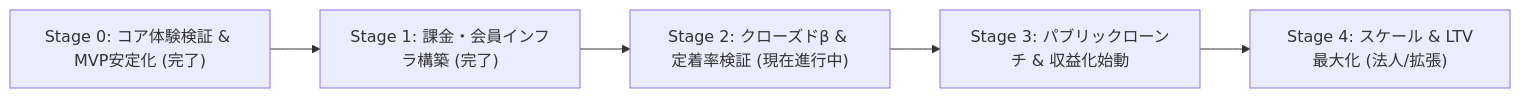
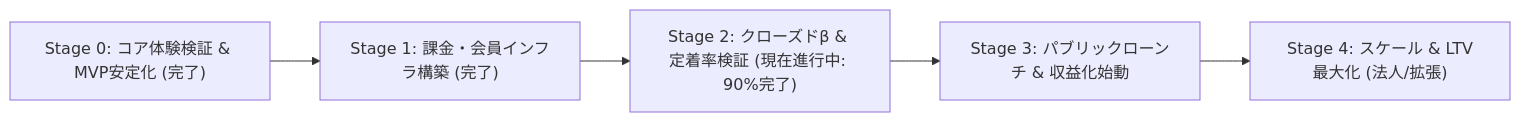
Before and after one commit to ic1koala/Shadowlog: the diagram in management/ROADMAP.md, drawn with Mermaid. The commit also changed other lines of this file and 16 other files, not shown here.

````diff
--- a/management/ROADMAP.md
+++ b/management/ROADMAP.md
@@ -54,7 +58,7 @@
 ```mermaid
 flowchart LR
     S0["Stage 0: コア体験検証 & MVP安定化 (完了)"] --> S1["Stage 1: 課金・会員インフラ構築 (完了)"]
-    S1 --> S2["Stage 2: クローズドβ & 定着率検証 (現在進行中)"]
+    S1 --> S2["Stage 2: クローズドβ & 定着率検証 (現在進行中: 90%完了)"]
     S2 --> S3["Stage 3: パブリックローンチ & 収益化始動"]
     S3 --> S4["Stage 4: スケール & LTV最大化 (法人/拡張)"]
 ```
````
